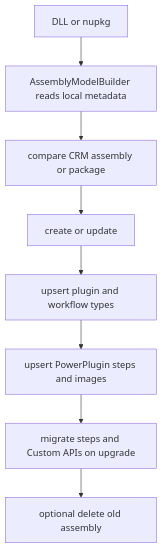
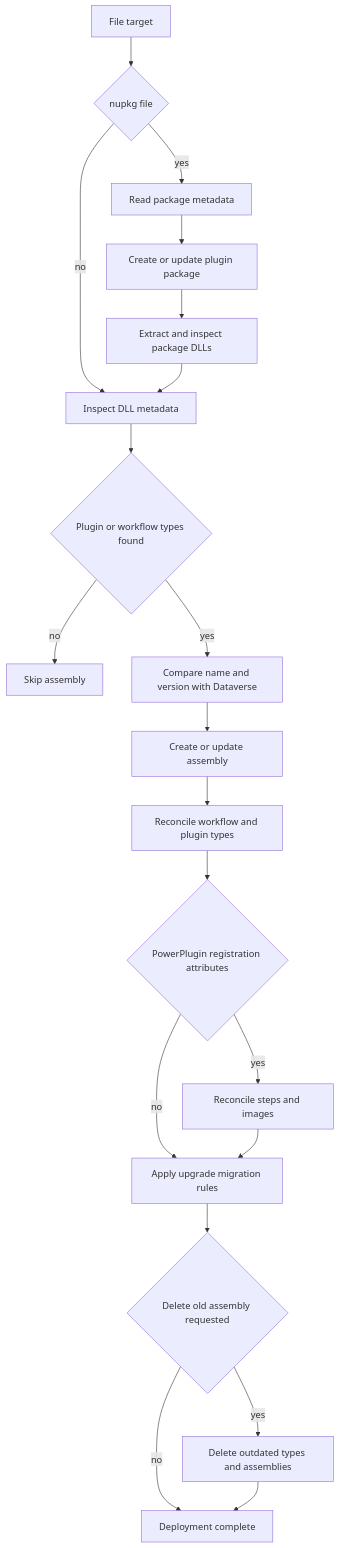
The diagram in openwiki/workflows/push.md (DIGITALLNature/DigitallPower), drawn with Mermaid before and after one commit. The commit also changed other lines of this file and 29 other files, not shown here.

````diff
--- a/openwiki/workflows/push.md
+++ b/openwiki/workflows/push.md
@@ -13,10 +56,22 @@
 ```mermaid
 flowchart TD
-    Target["DLL or nupkg"] --> Local["AssemblyModelBuilder reads local metadata"]
-    Local --> Existing["compare CRM assembly or package"]
-    Existing --> Upsert["create or update"]
-    Upsert --> Types["upsert plugin and workflow types"]
-    Types --> Steps["upsert PowerPlugin steps and images"]
-    Steps --> Migrate["migrate steps and Custom APIs on upgrade"]
-    Migrate --> Cleanup["optional delete old assembly"]
+    Start["File target"] --> Kind{"nupkg file"}
+    Kind -->|yes| Package["Read package metadata"]
+    Package --> PackageUpsert["Create or update plugin package"]
+    PackageUpsert --> Extract["Extract and inspect package DLLs"]
+    Kind -->|no| Inspect["Inspect DLL metadata"]
+    Extract --> Inspect
+    Inspect --> Usable{"Plugin or workflow types found"}
+    Usable -->|no| Skip["Skip assembly"]
+    Usable -->|yes| Compare["Compare name and version with Dataverse"]
+    Compare --> AssemblyUpsert["Create or update assembly"]
+    AssemblyUpsert --> Types["Reconcile workflow and plugin types"]
+    Types --> Registration{"PowerPlugin registration attributes"}
+    Registration -->|yes| Components["Reconcile steps and images"]
+    Registration -->|no| Upgrade["Apply upgrade migration rules"]
+    Components --> Upgrade
+    Upgrade --> Delete{"Delete old assembly requested"}
+    Delete -->|yes| Remove["Delete outdated types and assemblies"]
+    Delete -->|no| Complete["Deployment complete"]
+    Remove --> Complete
 ```
````
